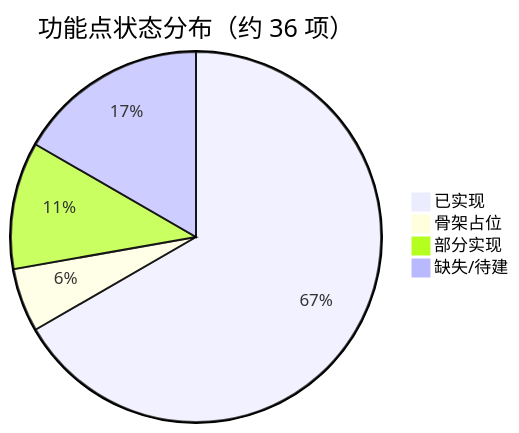
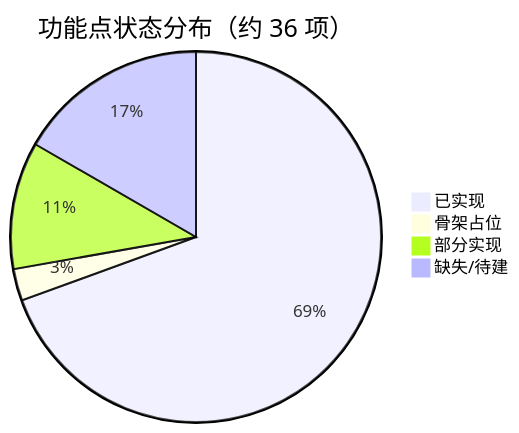
One commit to qoobots/qoorag changed the first of 2 diagrams in .docs/06_功能清单进度文档.md. Above: the diagram before and after it, drawn with Mermaid. The commit also changed other lines of this file and 6 other files, not shown here.

````diff
--- a/.docs/06_功能清单进度文档.md
+++ b/.docs/06_功能清单进度文档.md
@@ -27,7 +27,7 @@
 ```mermaid
 pie title 功能点状态分布（约 36 项）
-    "已实现" : 24
-    "骨架占位" : 2
+    "已实现" : 25
+    "骨架占位" : 1
     "部分实现" : 4
     "缺失/待建" : 6
 ```
````
